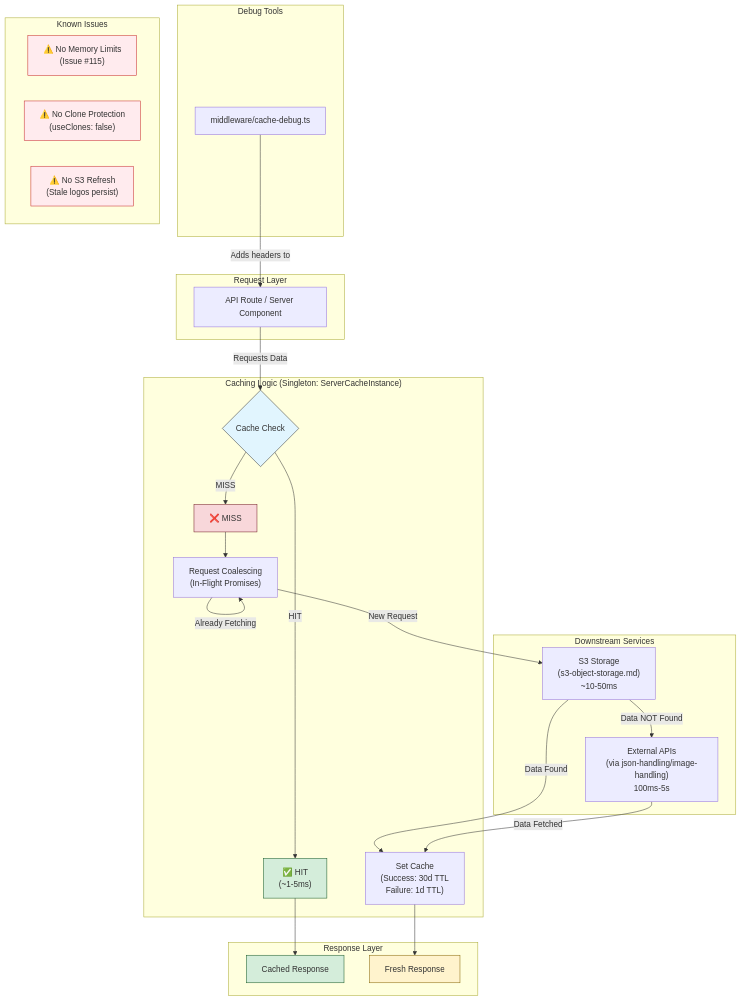
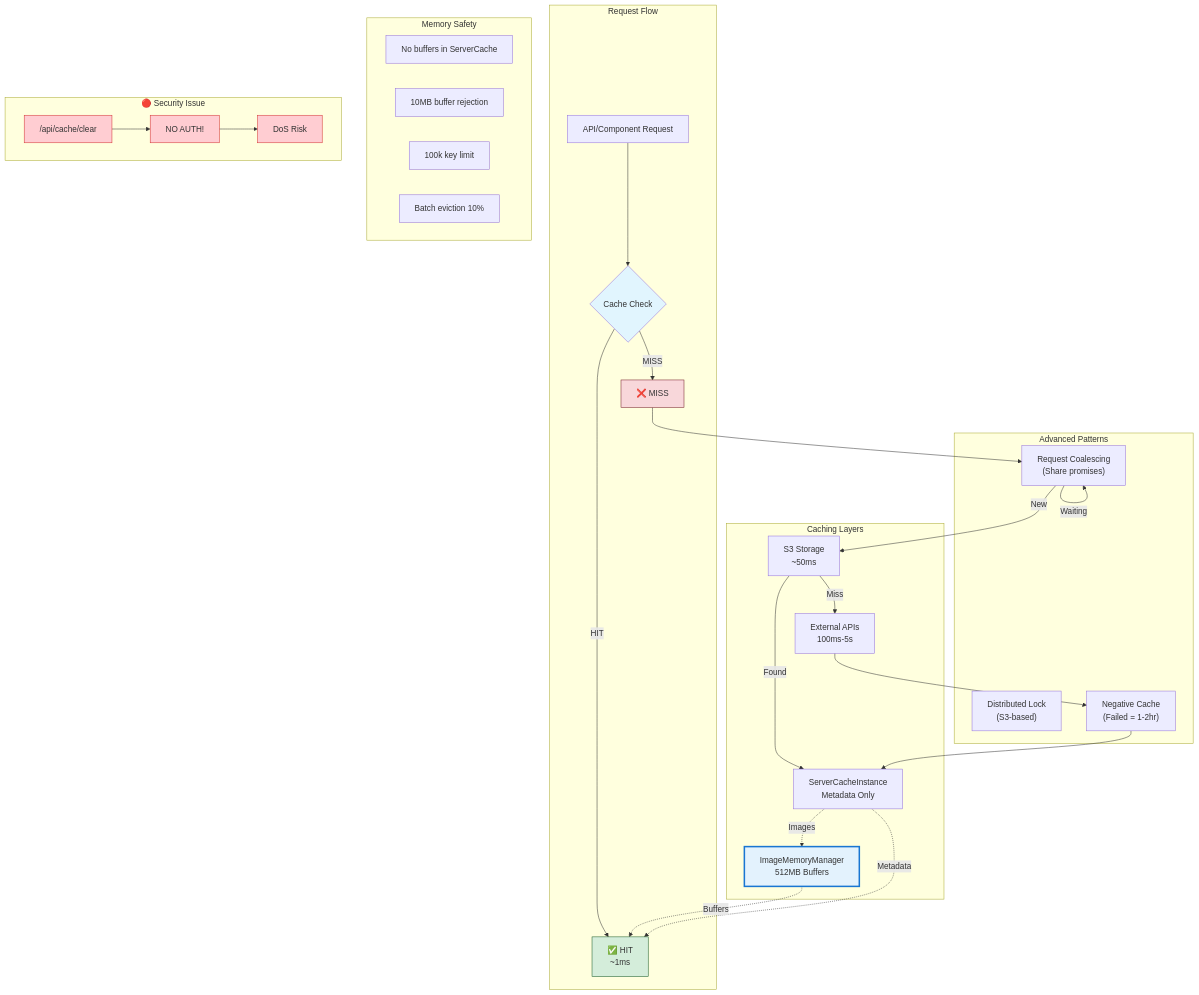
One commit to WilliamAGH/williamcallahan.com changed the diagram in docs/projects/structure/caching.mmd. Above: the diagram before and after it, drawn with Mermaid. The commit also changed 11 other files, not shown here.

```diff
--- a/docs/projects/structure/caching.mmd
+++ b/docs/projects/structure/caching.mmd
@@ -1,58 +1,62 @@
 graph TD
-    subgraph "Request Layer"
-        A[API Route / Server Component]
+    subgraph "Request Flow"
+        A[API/Component Request]
+        B{Cache Check}
+        C["✅ HIT<br/>~1ms"]
+        D["❌ MISS"]
     end
 
-    subgraph "Caching Logic (Singleton: ServerCacheInstance)"
-        B{Cache Check}
-        C["✅ HIT<br/>(~1-5ms)"]
-        D["❌ MISS"]
-        E["Set Cache<br/>(Success: 30d TTL<br/>Failure: 1d TTL)"]
-        RC["Request Coalescing<br/>(In-Flight Promises)"]
+    subgraph "Caching Layers" 
+        L1["ServerCacheInstance<br/>Metadata Only"]
+        L2["ImageMemoryManager<br/>512MB Buffers"]
+        L3["S3 Storage<br/>~50ms"]
+        L4["External APIs<br/>100ms-5s"]
+    end
+    
+    subgraph "Advanced Patterns"
+        RC["Request Coalescing<br/>(Share promises)"]
+        DL["Distributed Lock<br/>(S3-based)"]
+        NC["Negative Cache<br/>(Failed = 1-2hr)"]
     end
 
-    subgraph "Downstream Services"
-        F["S3 Storage<br/>(s3-object-storage.md)<br/>~10-50ms"]
-        G["External APIs<br/>(via json-handling/image-handling)<br/>100ms-5s"]
+    subgraph "Memory Safety"
+        MS1["No buffers in ServerCache"]
+        MS2["10MB buffer rejection"]
+        MS3["100k key limit"]
+        MS4["Batch eviction 10%"]
+    end
+
+    A --> B
+    B -->|HIT| C
+    B -->|MISS| D
+    
+    D --> RC
+    RC -->|New| L3
+    RC -->|Waiting| RC
+    
+    L3 -->|Found| L1
+    L3 -->|Miss| L4
+    L4 --> NC
+    NC --> L1
+    
+    L1 -.->|Images| L2
+    L2 -.->|Buffers| C
+    L1 -.->|Metadata| C
+
+    subgraph "🔴 Security Issue"
+        SEC1["/api/cache/clear"]
+        SEC2["NO AUTH!"]
+        SEC3["DoS Risk"]
     end
     
-    subgraph "Response Layer"
-        H[Cached Response]
-        I[Fresh Response]
-    end
-
-    A -- "Requests Data" --> B
-    B -->|HIT| C
-    C --> H
-    
-    B -->|MISS| D
-    D --> RC
-    RC -->|"Already Fetching"| RC
-    RC -->|"New Request"| F
-    F -- "Data Found" --> E
-    F -- "Data NOT Found" --> G
-    
-    G -- "Data Fetched" --> E
-    E --> I
-
-    subgraph "Debug Tools"
-        J["middleware/cache-debug.ts"]
-    end
-
-    subgraph "Known Issues"
-        K["⚠️ No Memory Limits<br/>(Issue #115)"]
-        L["⚠️ No Clone Protection<br/>(useClones: false)"]
-        M["⚠️ No S3 Refresh<br/>(Stale logos persist)"]
-    end
-
-    J -- "Adds headers to" --> A
+    SEC1 --> SEC2
+    SEC2 --> SEC3
 
     %% Styling
-    style B fill:#e1f5fe,stroke:#333
+    style B fill:#e1f5fe
     style C fill:#d4edda,stroke:#155724
     style D fill:#f8d7da,stroke:#721c24
-    style H fill:#d4edda,stroke:#155724
-    style I fill:#fff3cd,stroke:#856404
-    style K fill:#ffebee,stroke:#c62828
-    style L fill:#ffebee,stroke:#c62828
-    style M fill:#ffebee,stroke:#c62828
+    style L2 fill:#e3f2fd,stroke:#1976d2,stroke-width:3px
+    style SEC1 fill:#ffcdd2,stroke:#d32f2f
+    style SEC2 fill:#ffcdd2,stroke:#d32f2f
+    style SEC3 fill:#ffcdd2,stroke:#d32f2f
```
